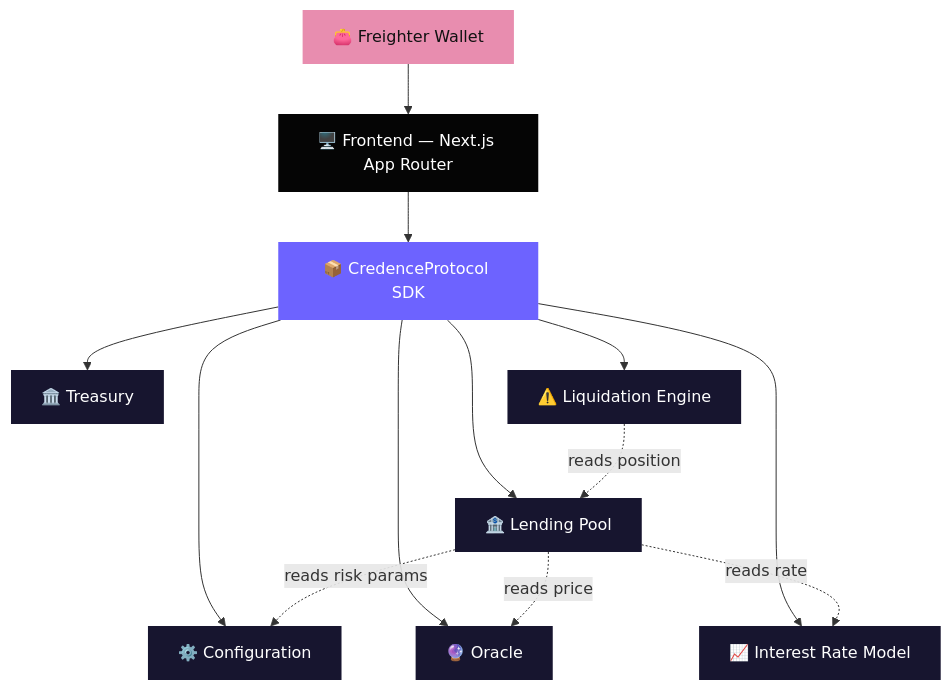
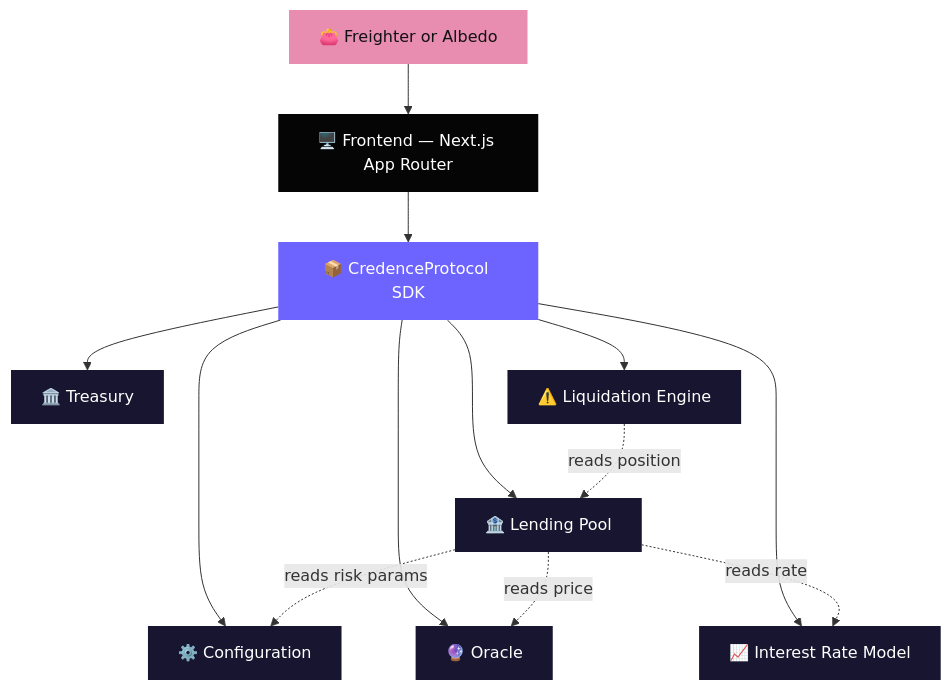
Before and after one commit to swarupasaha2005-hue/CREDENCE: the third of 4 diagrams in README.md, drawn with Mermaid. The commit also changed other lines of this file and 19 other files, not shown here.

````diff
--- a/README.md
+++ b/README.md
@@ -189,27 +213,27 @@
 ```mermaid
 flowchart TD
-    W["👛 Freighter Wallet"] --> F["🖥️ Frontend — Next.js App Router"]
+    W["👛 Freighter or Albedo"] --> F["🖥️ Frontend — Next.js App Router"]
     F --> S["📦 CredenceProtocol SDK"]
 
     S --> LP["🏦 Lending Pool"]
     S --> IR["📈 Interest Rate Model"]
     S --> OR["🔮 Oracle"]
     S --> TR["🏛️ Treasury"]
     S --> LQ["⚠️ Liquidation Engine"]
     S --> CF["⚙️ Configuration"]
 
     LP -.reads risk params.-> CF
     LP -.reads price.-> OR
     LP -.reads rate.-> IR
     LQ -.reads position.-> LP
 
     style W fill:#E88DAF,color:#111,stroke:none
     style F fill:#050505,color:#fff,stroke:none
     style S fill:#6D63FF,color:#fff,stroke:none
     style LP fill:#17152F,color:#fff,stroke:none
     style IR fill:#17152F,color:#fff,stroke:none
     style OR fill:#17152F,color:#fff,stroke:none
     style TR fill:#17152F,color:#fff,stroke:none
     style LQ fill:#17152F,color:#fff,stroke:none
     style CF fill:#17152F,color:#fff,stroke:none
 ```
````
